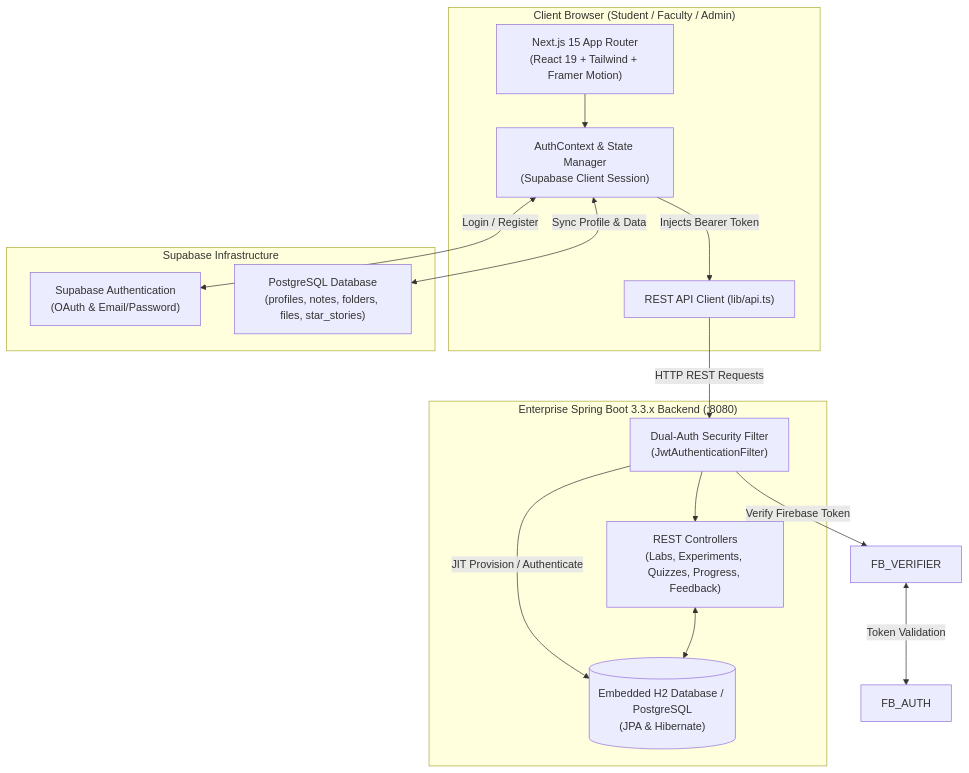
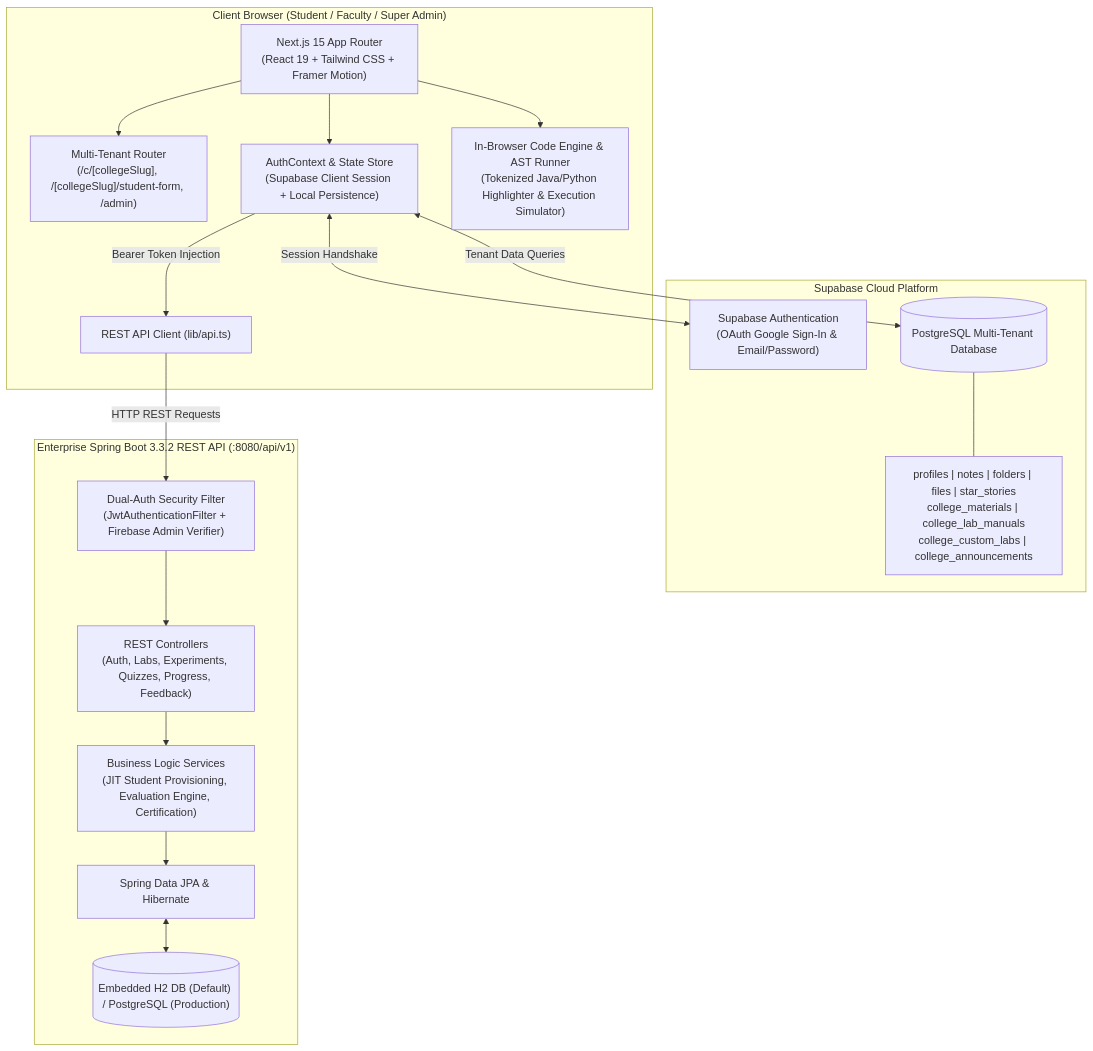
Before and after one commit to Nishanth401/Virtual-Labs: the first of 2 diagrams in README.md, drawn with Mermaid. The commit also changed other lines of this file and 21 other files, not shown here.

````diff
--- a/README.md
+++ b/README.md
@@ -35,31 +56,38 @@
 ```mermaid
 graph TD
-    subgraph Client ["Client Browser (Student / Faculty / Admin)"]
-        UI["Next.js 15 App Router\n(React 19 + Tailwind + Framer Motion)"]
-        AUTH_CTX["AuthContext & State Manager\n(Supabase Client Session)"]
-        API_CLIENT["REST API Client (lib/api.ts)"]
+    subgraph ClientLayer ["Client Browser (Student / Faculty / Super Admin)"]
+        UI["Next.js 15 App Router\n(React 19 + Tailwind CSS + Framer Motion)"]
+        TENANT_ROUTER["Multi-Tenant Router\n(/c/[collegeSlug], /[collegeSlug]/student-form, /admin)"]
+        AUTH_CTX["AuthContext & State Store\n(Supabase Client Session + Local Persistence)"]
+        JAVA_ENGINE["In-Browser Code Engine & AST Runner\n(Tokenized Java/Python Highlighter & Execution Simulator)"]
+        REST_CLIENT["REST API Client (lib/api.ts)"]
     end
 
-    subgraph SupabaseCloud ["Supabase Infrastructure"]
-        SB_AUTH["Supabase Authentication\n(OAuth & Email/Password)"]
-        SB_DB["PostgreSQL Database\n(profiles, notes, folders, files, star_stories)"]
+    subgraph SupabaseInfrastructure ["Supabase Cloud Platform"]
+        SB_AUTH["Supabase Authentication\n(OAuth Google Sign-In & Email/Password)"]
+        SB_DB[("PostgreSQL Multi-Tenant Database")]
+        SB_TABLES["profiles | notes | folders | files | star_stories\ncollege_materials | college_lab_manuals\ncollege_custom_labs | college_announcements"]
+        SB_DB --- SB_TABLES
     end
 
-    subgraph SpringBackend ["Enterprise Spring Boot 3.3.x Backend (:8080)"]
-        SEC_FILTER["Dual-Auth Security Filter\n(JwtAuthenticationFilter)"]
-        CONTROLLERS["REST Controllers\n(Labs, Experiments, Quizzes, Progress, Feedback)"]
-        H2_DB[("Embedded H2 Database / PostgreSQL\n(JPA & Hibernate)")]
+    subgraph SpringBootBackend ["Enterprise Spring Boot 3.3.2 REST API (:8080/api/v1)"]
+        SECURITY_FILTER["Dual-Auth Security Filter\n(JwtAuthenticationFilter + Firebase Admin Verifier)"]
+        CONTROLLER_LAYER["REST Controllers\n(Auth, Labs, Experiments, Quizzes, Progress, Feedback)"]
+        SERVICE_LAYER["Business Logic Services\n(JIT Student Provisioning, Evaluation Engine, Certification)"]
+        JPA_LAYER["Spring Data JPA & Hibernate"]
+        H2_DB[("Embedded H2 DB (Default) / PostgreSQL (Production)")]
     end
 
+    UI --> TENANT_ROUTER
     UI --> AUTH_CTX
-    AUTH_CTX <-->|Login / Register| SB_AUTH
-    AUTH_CTX <-->|Sync Profile & Data| SB_DB
-    AUTH_CTX -->|Injects Bearer Token| API_CLIENT
-    API_CLIENT -->|HTTP REST Requests| SEC_FILTER
+    UI --> JAVA_ENGINE
+    AUTH_CTX <-->|Session Handshake| SB_AUTH
+    AUTH_CTX <-->|Tenant Data Queries| SB_DB
+    AUTH_CTX -->|Bearer Token Injection| REST_CLIENT
+    REST_CLIENT -->|HTTP REST Requests| SECURITY_FILTER
 
-    SEC_FILTER -->|Verify Firebase Token| FB_VERIFIER
-    FB_VERIFIER <-->|Token Validation| FB_AUTH
-    SEC_FILTER -->|JIT Provision / Authenticate| H2_DB
-    SEC_FILTER --> CONTROLLERS
-    CONTROLLERS <--> H2_DB
+    SECURITY_FILTER --> CONTROLLER_LAYER
+    CONTROLLER_LAYER --> SERVICE_LAYER
+    SERVICE_LAYER --> JPA_LAYER
+    JPA_LAYER <--> H2_DB
 ```
````
